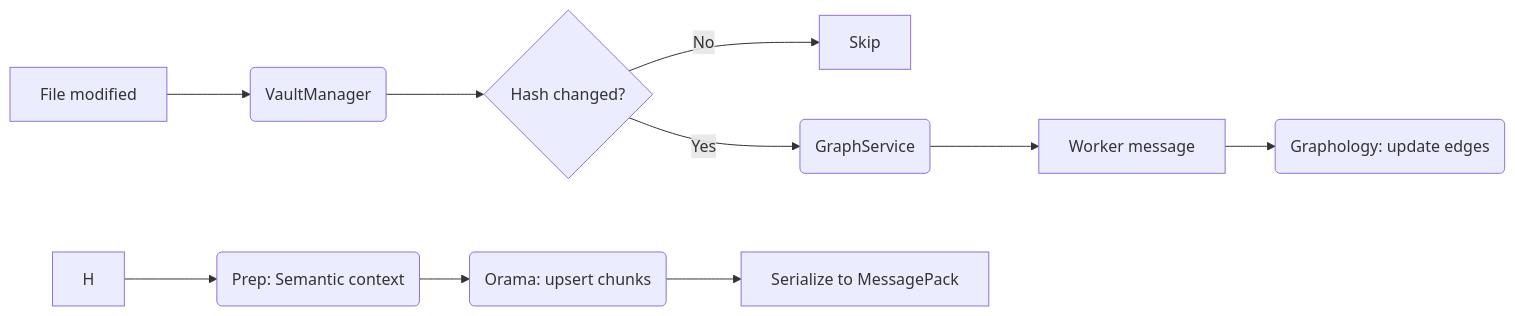
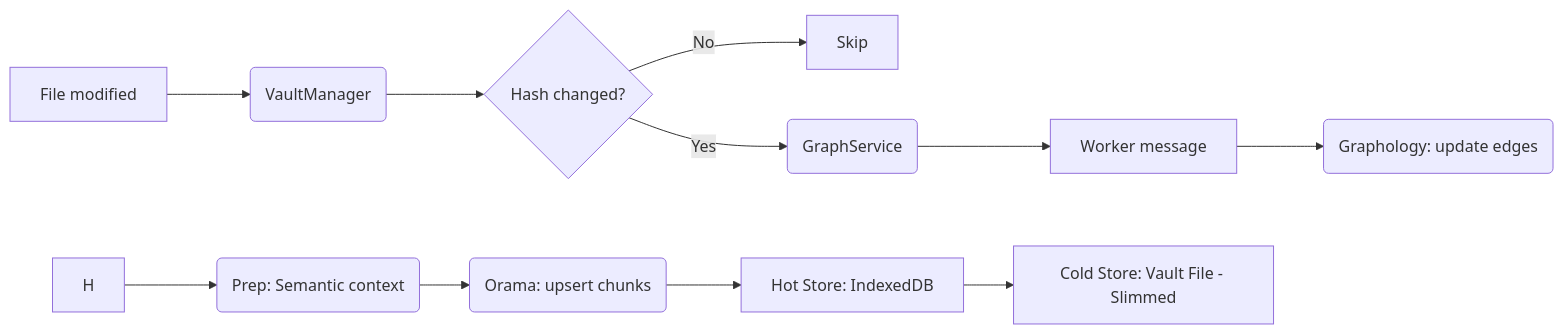
One commit to cybaea/obsidian-vault-intelligence changed the second of 8 diagrams in devs/ARCHITECTURE.md. Above: the diagram before and after it, drawn with Mermaid. The commit also changed other lines of this file and 15 other files, not shown here.

````diff
--- a/devs/ARCHITECTURE.md
+++ b/devs/ARCHITECTURE.md
@@ -102,12 +102,13 @@
 ```mermaid
 flowchart LR
     A[File modified] --> B(VaultManager)
     B --> C{Hash changed?}
     C -- No --> D[Skip]
     C -- Yes --> E(GraphService)
     E --> F[Worker message]
     F --> G(Graphology: update edges)
     H --> I(Prep: Semantic context)
     I --> J(Orama: upsert chunks)
-    J --> K[Serialize to MessagePack]
+    J --> K[Hot Store: IndexedDB]
+    K --> L[Cold Store: Vault File - Slimmed]
 ```
````
